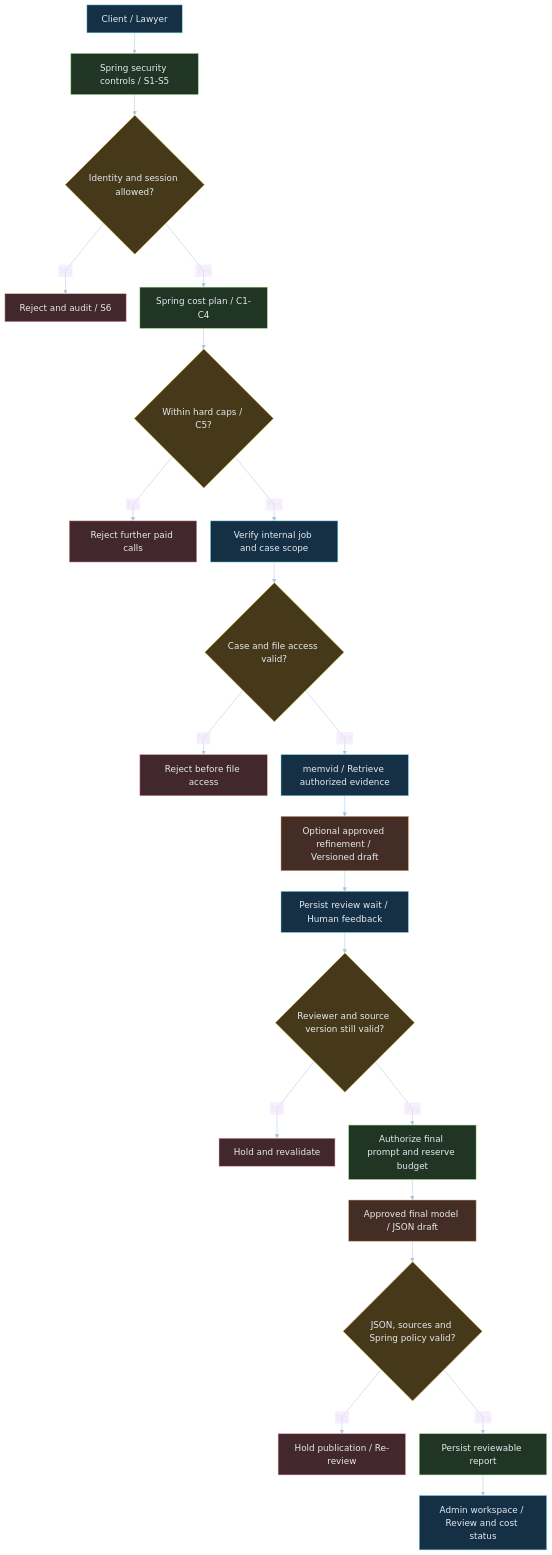
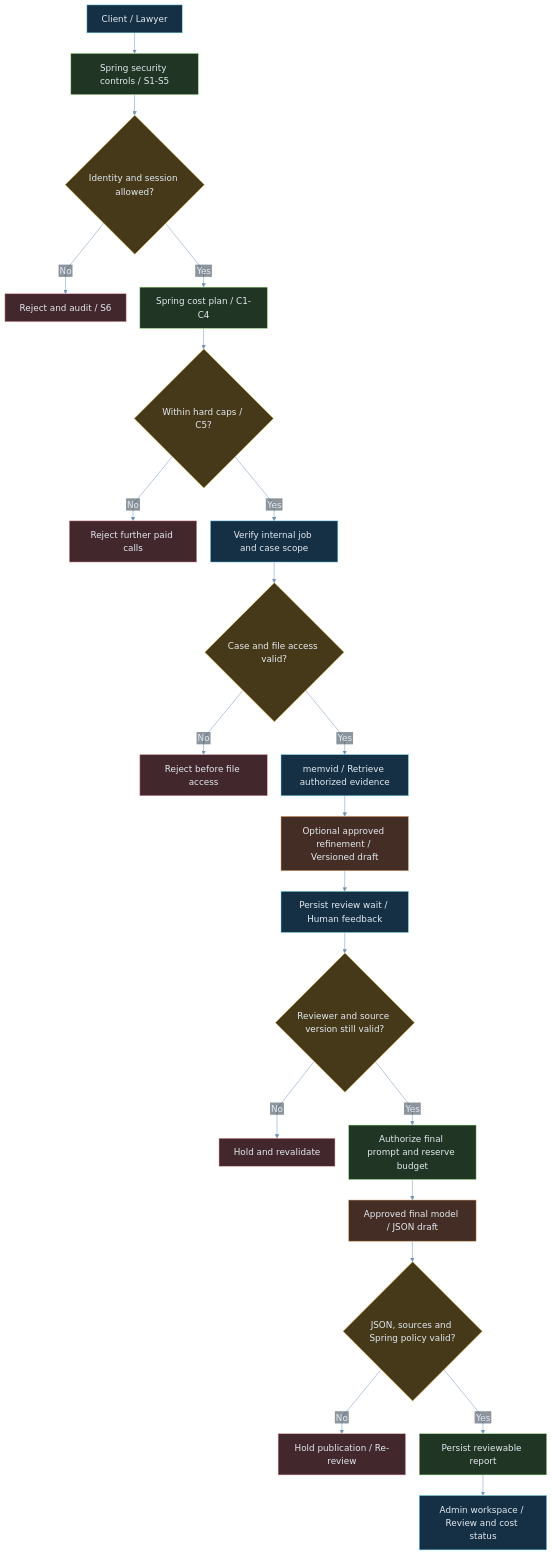
The first of 5 diagrams in README.md (ai-agent-orchestrator/spring-memvid-ai-backend), drawn with Mermaid before and after one commit. The commit also changed other lines of this file and 1 other file, not shown here.

First line of the commit message:
Fix mermaid edge-label and line contrast on light theme (EN/KO) (#1)

````diff
--- a/README.md
+++ b/README.md
@@ -44,35 +44,35 @@
 ```mermaid
-%%{init: {"theme":"base","themeVariables":{"background":"#101720","primaryTextColor":"#e4eaf1","lineColor":"#a9c5dd","fontFamily":"Arial","fontSize":"18px"},"flowchart":{"htmlLabels":false,"curve":"linear","nodeSpacing":28,"rankSpacing":42}}}%%
+%%{init: {"theme":"base","themeVariables":{"background":"#101720","primaryTextColor":"#e4eaf1","lineColor":"#6f93b5","edgeLabelBackground":"#1b2a3a","fontFamily":"Arial","fontSize":"18px"},"flowchart":{"htmlLabels":false,"curve":"linear","nodeSpacing":28,"rankSpacing":42}}}%%
 flowchart TB
     USER["Client / Lawyer"] --> SECURITY["Spring security controls / S1-S5"]
     SECURITY --> SG{"Identity and session allowed?"}
     SG -->|No| SD["Reject and audit / S6"]
     SG -->|Yes| COST["Spring cost plan / C1-C4"]
     COST --> CG{"Within hard caps / C5?"}
     CG -->|No| CD["Reject further paid calls"]
     CG -->|Yes| JOB["Verify internal job and case scope"]
     JOB --> ACCESS{"Case and file access valid?"}
     ACCESS -->|No| AD["Reject before file access"]
     ACCESS -->|Yes| MEMORY["memvid / Retrieve authorized evidence"]
     MEMORY --> DRAFT["Optional approved refinement / Versioned draft"]
     DRAFT --> REVIEW["Persist review wait / Human feedback"]
     REVIEW --> RESUME{"Reviewer and source version still valid?"}
     RESUME -->|No| RD["Hold and revalidate"]
     RESUME -->|Yes| FINAL["Authorize final prompt and reserve budget"]
     FINAL --> MODEL["Approved final model / JSON draft"]
     MODEL --> CHECK{"JSON, sources and Spring policy valid?"}
     CHECK -->|No| HOLD["Hold publication / Re-review"]
     CHECK -->|Yes| REPORT["Persist reviewable report"]
     REPORT --> ADMIN["Admin workspace / Review and cost status"]
 
     classDef spring fill:#203523,stroke:#9ada80,color:#e4eaf1;
     classDef process fill:#153044,stroke:#76d9f0,color:#e4eaf1;
     classDef decision fill:#46391a,stroke:#e5c24e,color:#e4eaf1;
     classDef model fill:#442d24,stroke:#e6a36c,color:#e4eaf1;
     classDef stop fill:#42272d,stroke:#e99aa6,color:#e4eaf1;
     class SECURITY,COST,FINAL,REPORT spring;
     class USER,JOB,MEMORY,REVIEW,ADMIN process;
     class SG,CG,ACCESS,RESUME,CHECK decision;
     class DRAFT,MODEL model;
     class SD,CD,AD,RD,HOLD stop;
 ```
````
